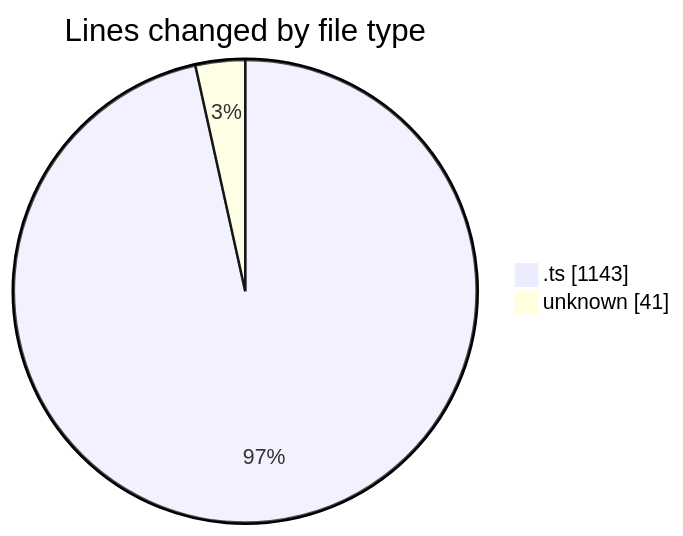
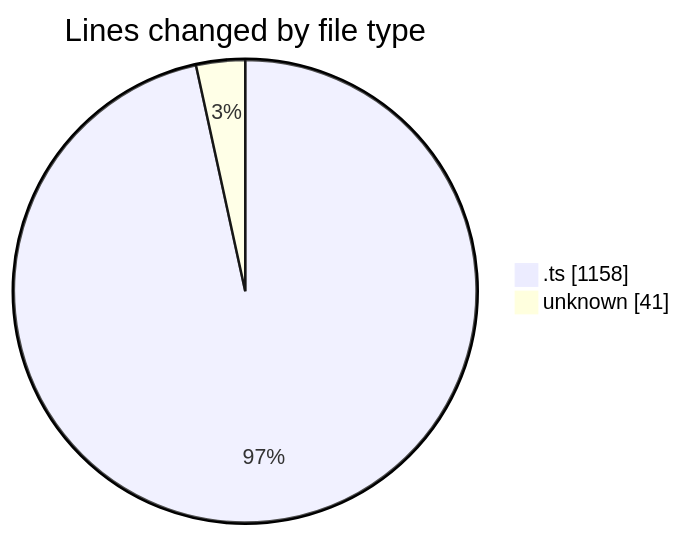
The first of 2 diagrams in 2025-08-18/cda/README.md (momahboobian/code-tracking), drawn with Mermaid before and after one commit. The commit also changed other lines of this file and 1 other file, not shown here.

````diff
--- a/2025-08-18/cda/README.md
+++ b/2025-08-18/cda/README.md
@@ -24,6 +24,6 @@
 ```mermaid
 pie showData
 title Lines changed by file type
-".ts" : 1143
+".ts" : 1158
 "unknown" : 41
 ```
````
